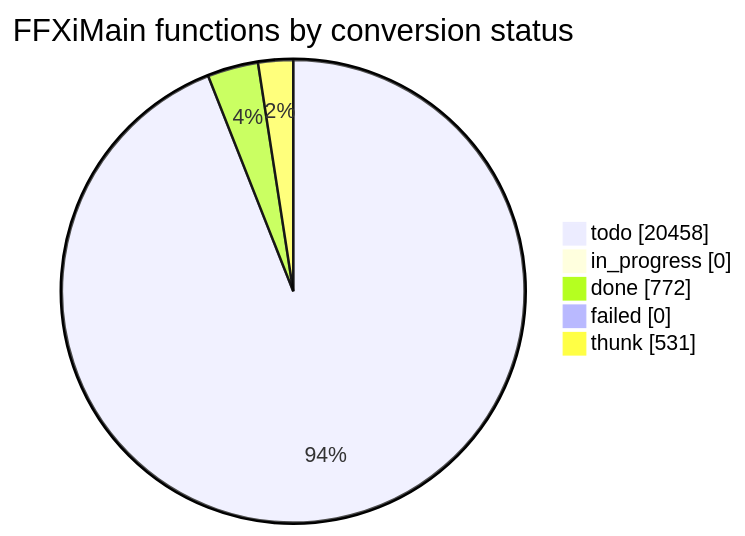
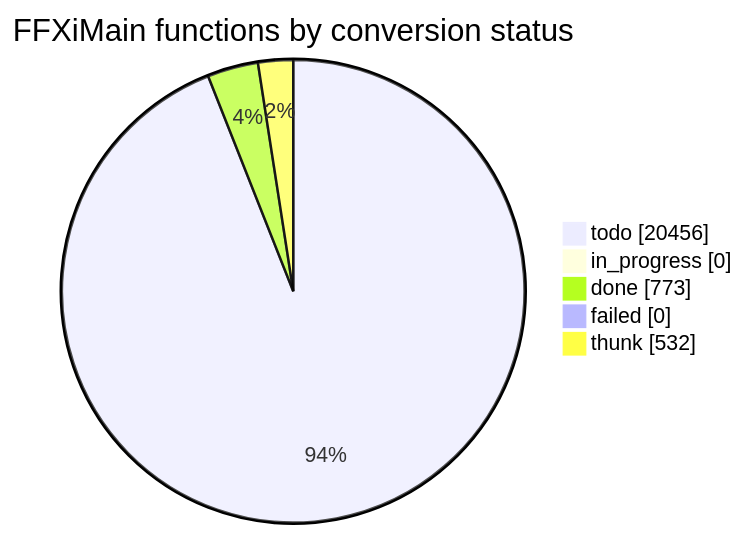
Before and after one commit to cowrevenge/cow_kuluu_xi_anything: the diagram in docs/cow/STATUS.md, drawn with Mermaid. The commit also changed other lines of this file and 9 other files, not shown here.

````diff
--- a/docs/cow/STATUS.md
+++ b/docs/cow/STATUS.md
@@ -18,9 +18,9 @@
 ```mermaid
 pie showData
     title FFXiMain functions by conversion status
-    "todo" : 20458
+    "todo" : 20456
     "in_progress" : 0
-    "done" : 772
+    "done" : 773
     "failed" : 0
-    "thunk" : 531
+    "thunk" : 532
 ```
````
